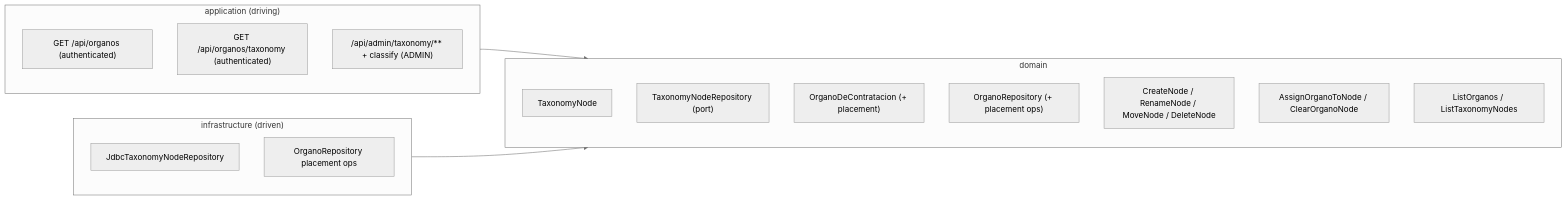
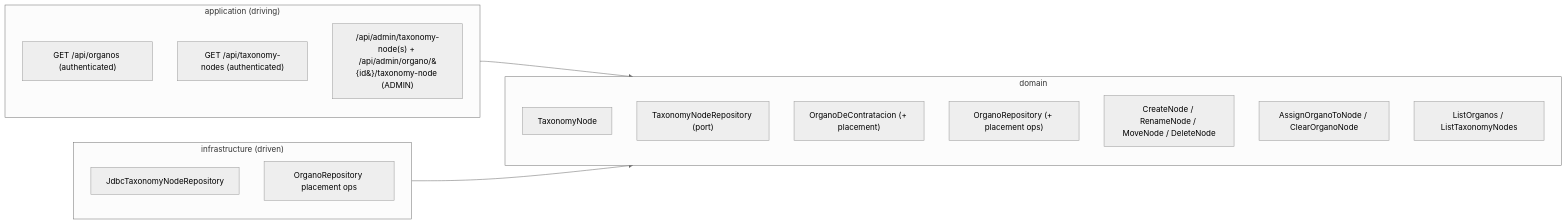
The diagram in docs/features/FEAT-0007-organos-taxonomy-classification/README.md (earelin/conxugal), drawn with Mermaid (neutral theme) before and after one commit. The commit also changed other lines of this file and 17 other files, not shown here.

````diff
--- a/docs/features/FEAT-0007-organos-taxonomy-classification/README.md
+++ b/docs/features/FEAT-0007-organos-taxonomy-classification/README.md
@@ -102,23 +110,23 @@
 ```mermaid
 flowchart LR
     subgraph application["application (driving)"]
         organosApi["GET /api/organos (authenticated)"]
-        taxonomyApi["GET /api/organos/taxonomy (authenticated)"]
-        manageApi["/api/admin/taxonomy/** + classify (ADMIN)"]
+        taxonomyApi["GET /api/taxonomy-nodes (authenticated)"]
+        manageApi["/api/admin/taxonomy-node(s) + /api/admin/organo/&#123;id&#125;/taxonomy-node (ADMIN)"]
     end
     subgraph domain["domain"]
         node["TaxonomyNode"]
         nodeRepo["TaxonomyNodeRepository (port)"]
         organo["OrganoDeContratacion (+ placement)"]
         organoRepo["OrganoRepository (+ placement ops)"]
         manageUC["CreateNode / RenameNode / MoveNode / DeleteNode"]
         classifyUC["AssignOrganoToNode / ClearOrganoNode"]
         readUC["ListOrganos / ListTaxonomyNodes"]
     end
     subgraph infrastructure["infrastructure (driven)"]
         jdbcNode["JdbcTaxonomyNodeRepository"]
         jdbcOrgano["OrganoRepository placement ops"]
     end
     application --> domain
     infrastructure --> domain
 ```
````
